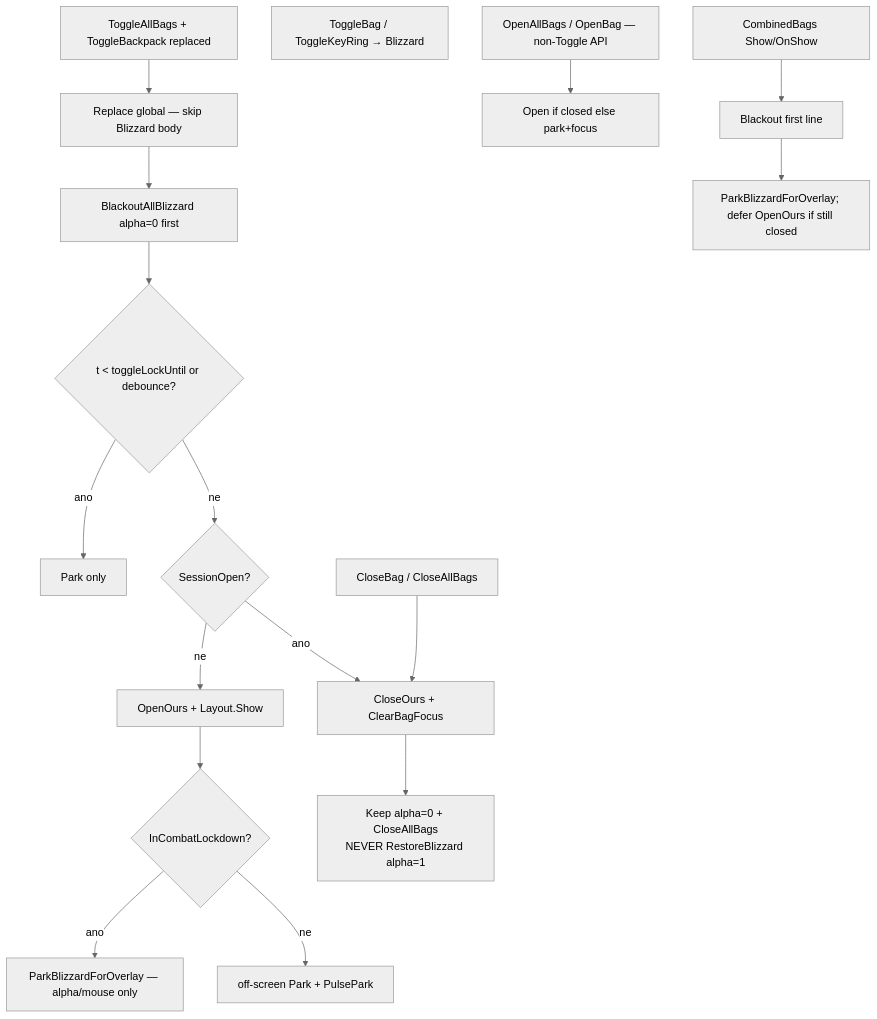
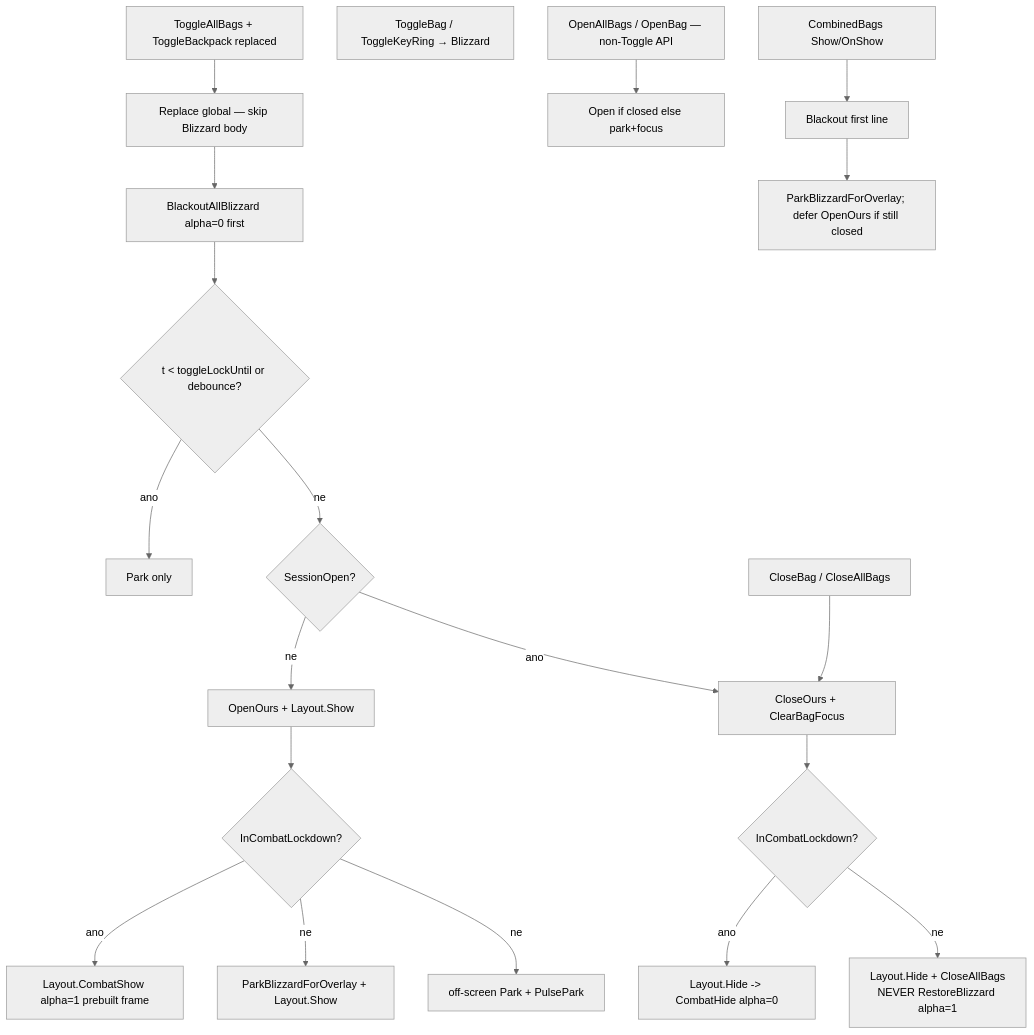
Before and after one commit to sirTurbisCZ/wow-forever-addons: the first of 8 diagrams in addons/BetterBackpack/Docs/loops.md, drawn with Mermaid (neutral theme). The commit also changed other lines of this file and 6 other files, not shown here.

First line of the commit message:
feat(BetterBackpack): 0.5.69 combat alpha open/close

````diff
--- a/addons/BetterBackpack/Docs/loops.md
+++ b/addons/BetterBackpack/Docs/loops.md
@@ -12,20 +12,23 @@
 ```mermaid
 flowchart TD
   B[ToggleAllBags + ToggleBackpack replaced]
   Bar[ToggleBag / ToggleKeyRing → Blizzard]
   B --> Rep[Replace global — skip Blizzard body]
   Rep --> Black[BlackoutAllBlizzard alpha=0 first]
   Black --> Lock{t < toggleLockUntil or debounce?}
   Lock -->|ano| Pulse[Park only]
   Lock -->|ne| Vis{SessionOpen?}
   Vis -->|ne| Open[OpenOurs + Layout.Show]
   Open --> ParkMode{InCombatLockdown?}
-  ParkMode -->|ano| AlphaOnly[ParkBlizzardForOverlay — alpha/mouse only]
+  ParkMode -->|ano| CombatOpen[Layout.CombatShow alpha=1 prebuilt frame]
+  ParkMode -->|ne| AlphaOnly[ParkBlizzardForOverlay + Layout.Show]
   ParkMode -->|ne| OffPark[off-screen Park + PulsePark]
   Vis -->|ano| Close[CloseOurs + ClearBagFocus]
-  Close --> Keep0[Keep alpha=0 + CloseAllBags<br/>NEVER RestoreBlizzard alpha=1]
+  Close --> CombatClose{InCombatLockdown?}
+  CombatClose -->|ano| AlphaOff[Layout.Hide -> CombatHide alpha=0]
+  CombatClose -->|ne| Keep0[Layout.Hide + CloseAllBags<br/>NEVER RestoreBlizzard alpha=1]
   OpenOnly[OpenAllBags / OpenBag — non-Toggle API] --> OpenOrPark[Open if closed else park+focus]
   CloseAPI[CloseBag / CloseAllBags] --> Close
   OnShow[CombinedBags Show/OnShow] --> BO[Blackout first line]
   BO --> Park[ParkBlizzardForOverlay; defer OpenOurs if still closed]
 ```
````
